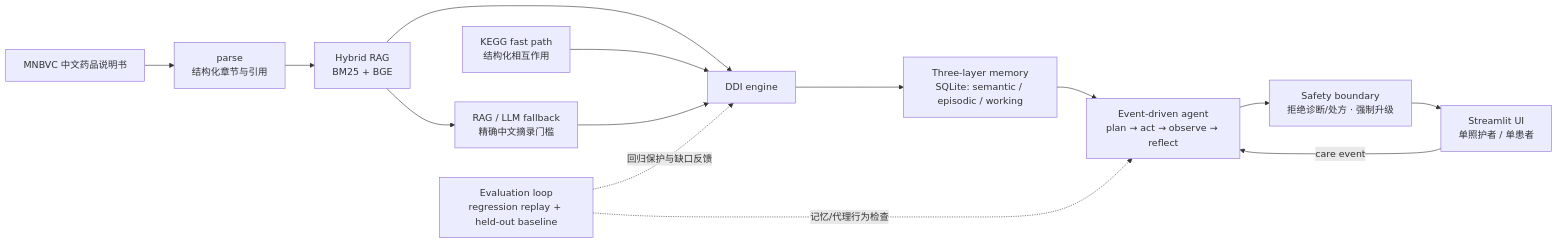
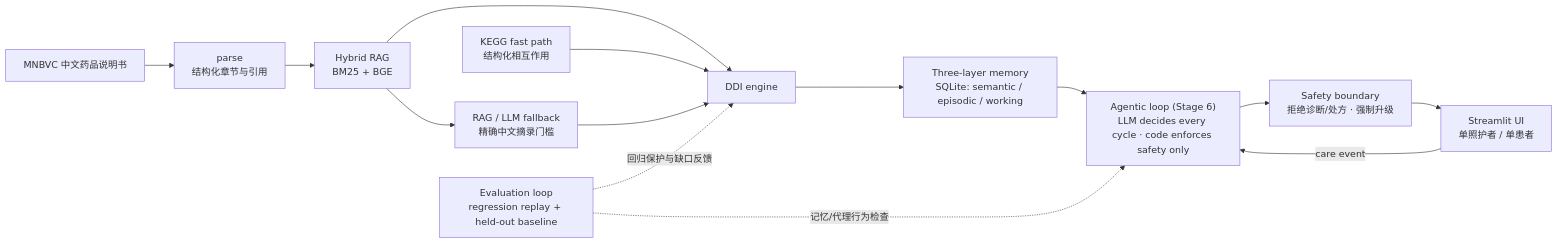
Before and after one commit to qidaoyigeren/healthAssistant: the diagram in README.md, drawn with Mermaid. The commit also changed other lines of this file and 2 other files, not shown here.

First line of the commit message:
Docs: update README/REPORT for Stage 5/6 and memory upgrade; add domain glossary

````diff
--- a/README.md
+++ b/README.md
@@ -15,16 +15,16 @@
 ```mermaid
 flowchart LR
     A["MNBVC 中文药品说明书"] --> B["parse<br/>结构化章节与引用"]
     B --> C["Hybrid RAG<br/>BM25 + BGE"]
     C --> D["DDI engine"]
     K["KEGG fast path<br/>结构化相互作用"] --> D
     C --> F["RAG / LLM fallback<br/>精确中文摘录门槛"]
     F --> D
     D --> M["Three-layer memory<br/>SQLite: semantic / episodic / working"]
-    M --> AG["Event-driven agent<br/>plan → act → observe → reflect"]
+    M --> AG["Agentic loop (Stage 6)<br/>LLM decides every cycle · code enforces safety only"]
     AG --> S["Safety boundary<br/>拒绝诊断/处方 · 强制升级"]
     S --> UI["Streamlit UI<br/>单照护者 / 单患者"]
     UI -->|care event| AG
     E["Evaluation loop<br/>regression replay + held-out baseline"] -. "回归保护与缺口反馈" .-> D
     E -. "记忆/代理行为检查" .-> AG
 ```
````
